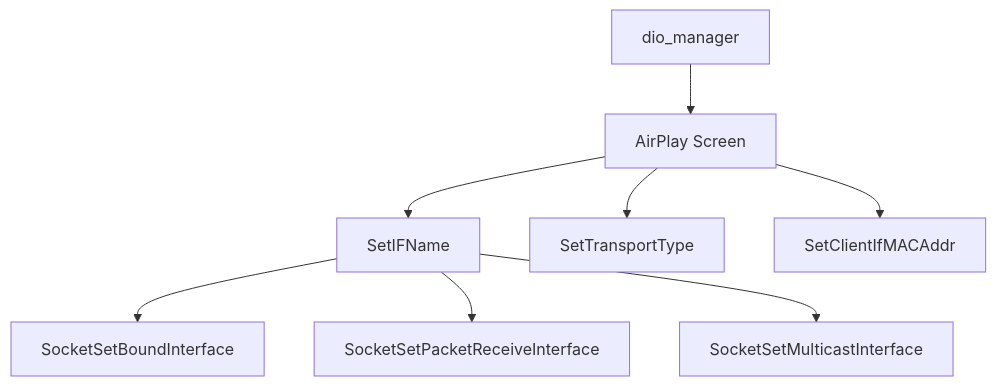
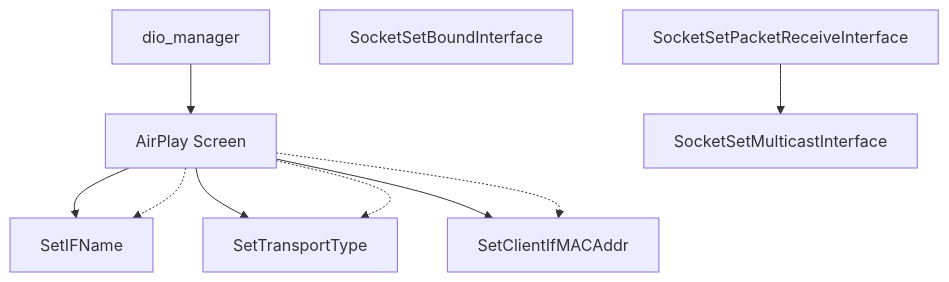
One commit to joeyQuery/MHI2-Wireless-CarPlay changed the third of 9 diagrams in docs/airplay.md. Above: the diagram before and after it, drawn with Mermaid. The commit also changed other lines of this file, not shown here.

Commit message:
Correct AirPlay diagrams after setter/socket findings

```diff
--- a/docs/airplay.md
+++ b/docs/airplay.md
@@ -77,19 +77,20 @@
 ~~~mermaid
 flowchart TB
     DIO["dio_manager"]
     SCREEN["AirPlay Screen"]
     IFNAME["SetIFName"]
     TRANSPORT["SetTransportType"]
     MAC["SetClientIfMACAddr"]
     BOUND["SocketSetBoundInterface"]
     RX["SocketSetPacketReceiveInterface"]
     MCAST["SocketSetMulticastInterface"]
 
     DIO --> SCREEN
     SCREEN --> IFNAME
     SCREEN --> TRANSPORT
     SCREEN --> MAC
-    IFNAME --> BOUND
-    IFNAME --> RX
-    IFNAME --> MCAST
+    SCREEN -.-> IFNAME
+    SCREEN -.-> TRANSPORT
+    SCREEN -.-> MAC
+    RX --> MCAST
 ~~~
```
